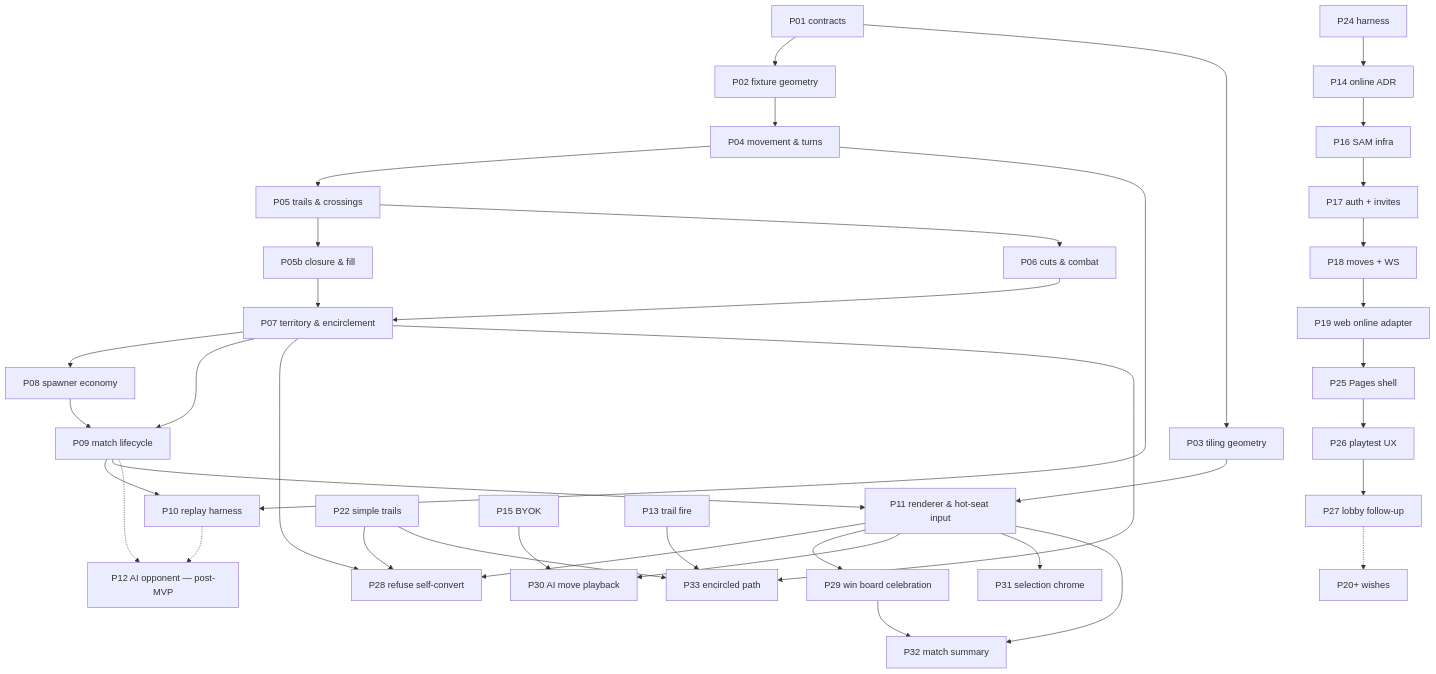
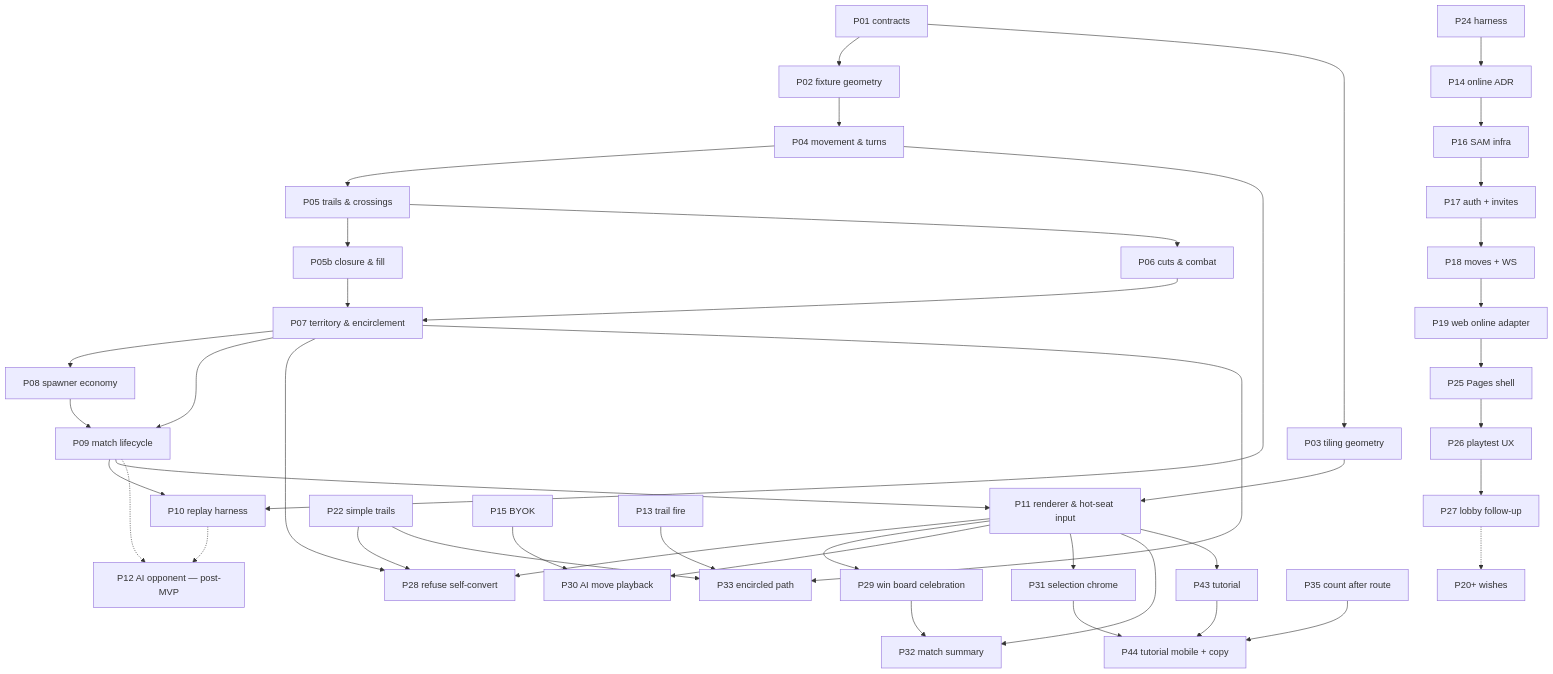
The diagram in docs/design/02-work-packets.md (hochgi/conquarrow), drawn with Mermaid before and after one commit. The commit also changed other lines of this file and 17 other files, not shown here.

First line of the commit message:
feat(web): tutorial mobile hits, auto-Send, and plain copy (P44) (#30)

````diff
--- a/docs/design/02-work-packets.md
+++ b/docs/design/02-work-packets.md
@@ -78,41 +80,45 @@
 ```mermaid
 flowchart TD
   P01["P01 contracts"] --> P02["P02 fixture geometry"]
   P01 --> P03["P03 tiling geometry"]
   P02 --> P04["P04 movement & turns"]
   P04 --> P05["P05 trails & crossings"]
   P05 --> P05B["P05b closure & fill"]
   P05 --> P06["P06 cuts & combat"]
   P05B --> P07["P07 territory & encirclement"]
   P06 --> P07
   P07 --> P08["P08 spawner economy"]
   P07 --> P09["P09 match lifecycle"]
   P08 --> P09
   P04 --> P10["P10 replay harness"]
   P09 --> P10
   P03 --> P11["P11 renderer & hot-seat input"]
   P09 --> P11
   P09 -.-> P12["P12 AI opponent — post-MVP"]
   P10 -.-> P12
   P24["P24 harness"] --> P14["P14 online ADR"]
   P14 --> P16["P16 SAM infra"]
   P16 --> P17["P17 auth + invites"]
   P17 --> P18["P18 moves + WS"]
   P18 --> P19["P19 web online adapter"]
   P19 --> P25["P25 Pages shell"]
   P25 --> P26["P26 playtest UX"]
   P26 --> P27["P27 lobby follow-up"]
   P27 -.-> P20["P20+ wishes"]
   P07 --> P28["P28 refuse self-convert"]
   P11 --> P28
   P22["P22 simple trails"] --> P28
   P11 --> P29["P29 win board celebration"]
   P11 --> P30["P30 AI move playback"]
   P15["P15 BYOK"] --> P30
   P11 --> P31["P31 selection chrome"]
   P11 --> P32["P32 match summary"]
   P29 --> P32
   P07 --> P33["P33 encircled path"]
   P13["P13 trail fire"] --> P33
   P22 --> P33
+  P11 --> P43["P43 tutorial"]
+  P43 --> P44["P44 tutorial mobile + copy"]
+  P31 --> P44
+  P35["P35 count after route"] --> P44
 ```
````
